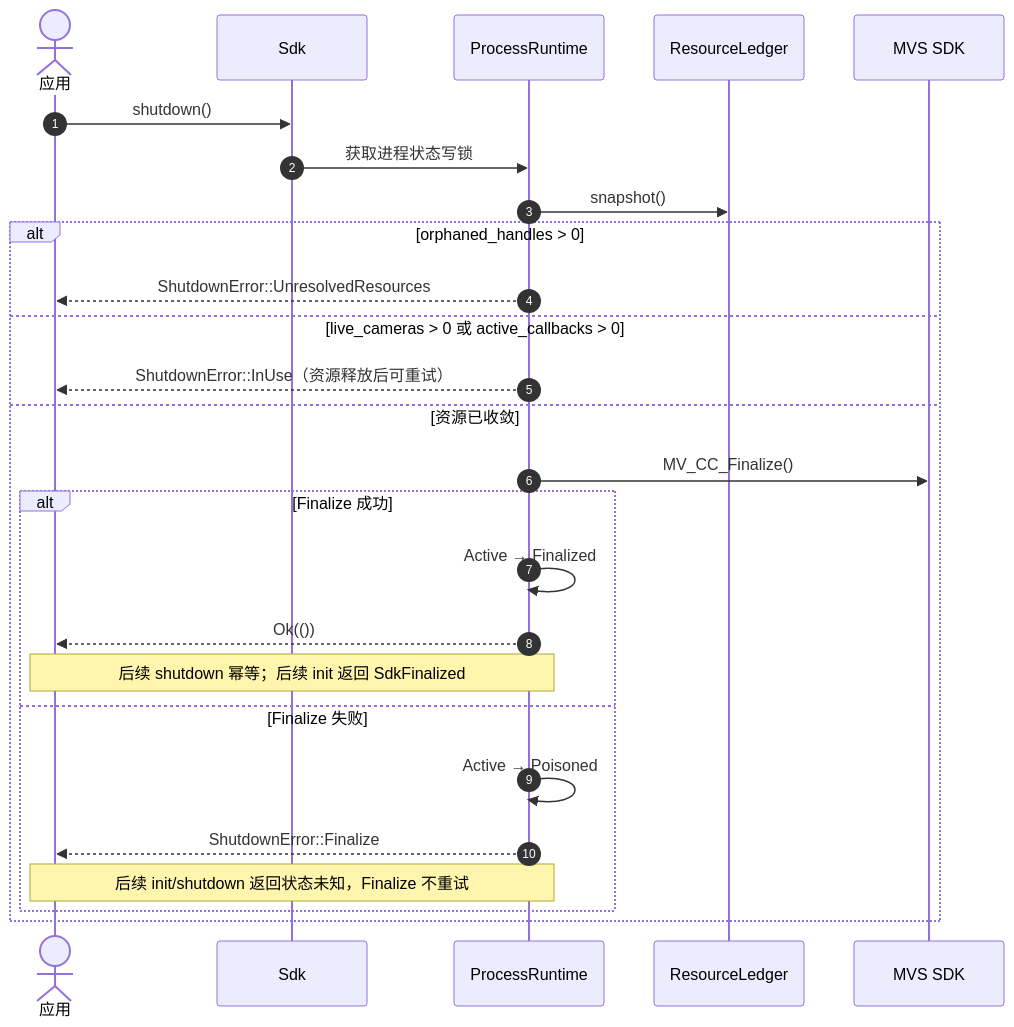
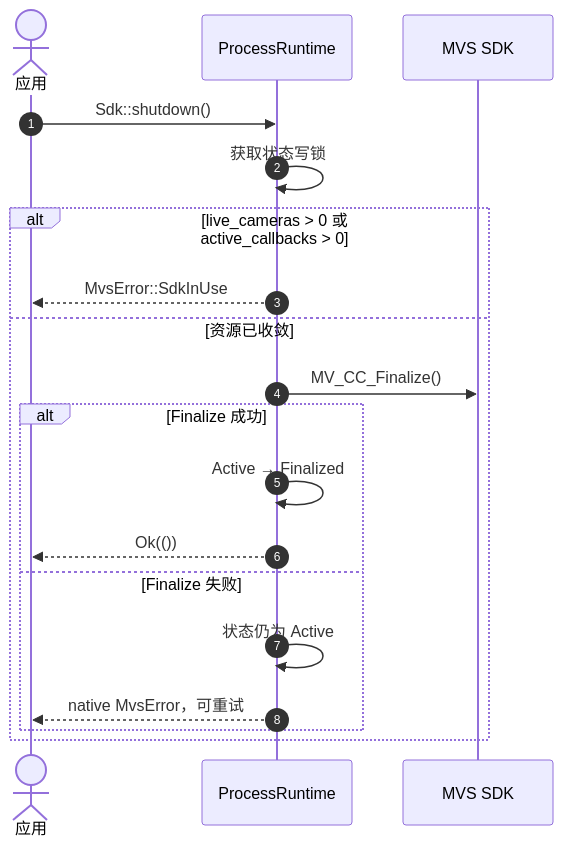
One commit to JSB-Unscarred/mvs-sdk-rs changed the diagram in 时序图/Sdk-shutdown的终态约束.md. Above: the diagram before and after it, drawn with Mermaid. The commit also changed other lines of this file and 28 other files, not shown here.

````diff
--- a/时序图/Sdk-shutdown的终态约束.md
+++ b/时序图/Sdk-shutdown的终态约束.md
@@ -6,29 +6,22 @@
 ```mermaid
 sequenceDiagram
     autonumber
     actor App as 应用
-    participant Sdk as Sdk
     participant Runtime as ProcessRuntime
-    participant Ledger as ResourceLedger
     participant Native as MVS SDK
 
-    App->>Sdk: shutdown()
-    Sdk->>Runtime: 获取进程状态写锁
-    Runtime->>Ledger: snapshot()
-    alt orphaned_handles > 0
-        Runtime-->>App: ShutdownError::UnresolvedResources
-    else live_cameras > 0 或 active_callbacks > 0
-        Runtime-->>App: ShutdownError::InUse（资源释放后可重试）
+    App->>Runtime: Sdk::shutdown()
+    Runtime->>Runtime: 获取状态写锁
+    alt live_cameras > 0 或 active_callbacks > 0
+        Runtime-->>App: MvsError::SdkInUse
     else 资源已收敛
         Runtime->>Native: MV_CC_Finalize()
         alt Finalize 成功
             Runtime->>Runtime: Active → Finalized
             Runtime-->>App: Ok(())
-            Note over App,Runtime: 后续 shutdown 幂等；后续 init 返回 SdkFinalized
         else Finalize 失败
-            Runtime->>Runtime: Active → Poisoned
-            Runtime-->>App: ShutdownError::Finalize
-            Note over App,Runtime: 后续 init/shutdown 返回状态未知，Finalize 不重试
+            Runtime->>Runtime: 状态仍为 Active
+            Runtime-->>App: native MvsError，可重试
         end
     end
 ```
````
